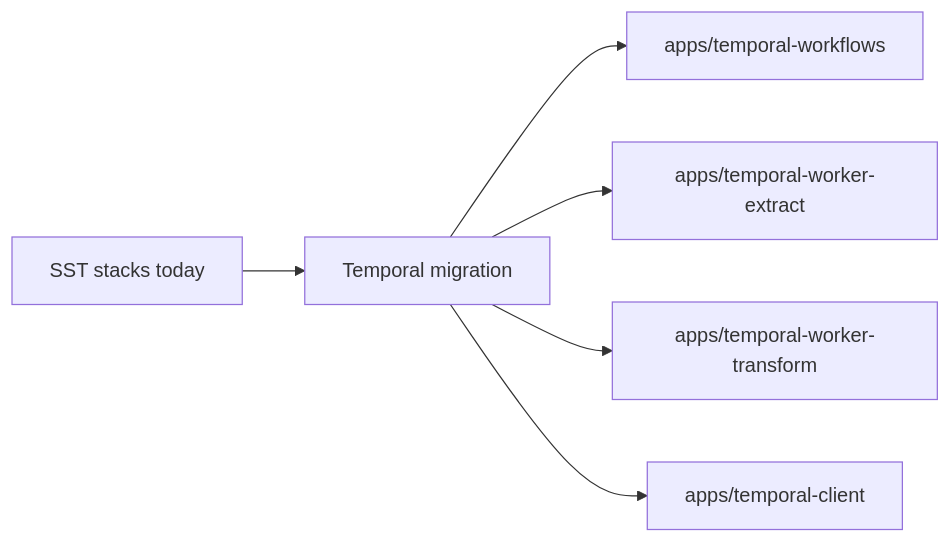
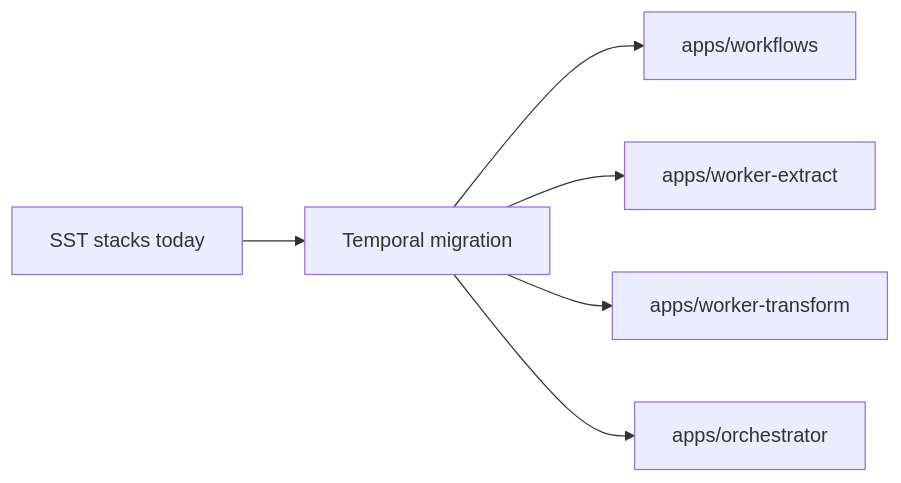
Before and after one commit to dxta-dev/pipeline: the diagram in lode/plans/temporal-migration.md, drawn with Mermaid. The commit also changed other lines of this file and 5 other files, not shown here.

````diff
--- a/lode/plans/temporal-migration.md
+++ b/lode/plans/temporal-migration.md
@@ -78,8 +78,8 @@
 ```mermaid
 flowchart LR
   sst[SST stacks today] --> plan[Temporal migration]
-  plan --> workflows[apps/temporal-workflows]
-  plan --> workerExtract[apps/temporal-worker-extract]
-  plan --> workerTransform[apps/temporal-worker-transform]
-  plan --> client[apps/temporal-client]
+  plan --> workflows[apps/workflows]
+  plan --> workerExtract[apps/worker-extract]
+  plan --> workerTransform[apps/worker-transform]
+  plan --> orchestrator[apps/orchestrator]
 ```
````
